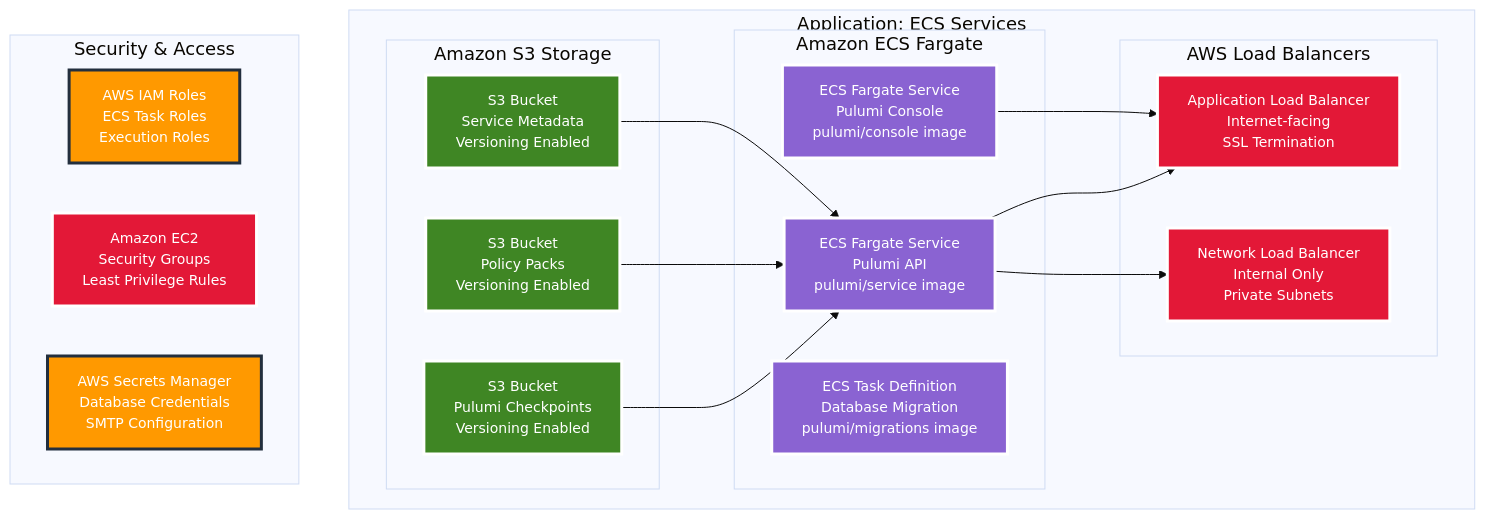
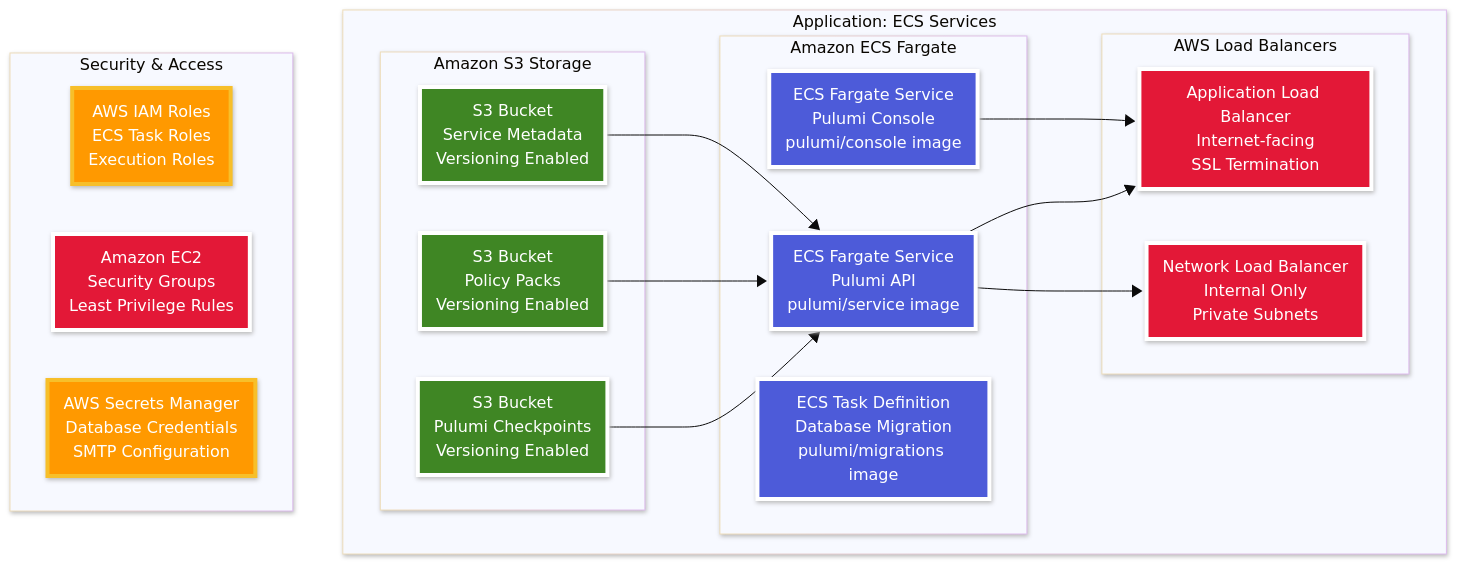
Before and after one commit to pulumi/pulumi-self-hosted-installers: the diagram in ecs-hosted/go/diagrams/03-application.mmd, drawn with Mermaid. The commit also changed 55 other files, not shown here.

```diff
--- a/ecs-hosted/go/diagrams/03-application.mmd
+++ b/ecs-hosted/go/diagrams/03-application.mmd
@@ -1,38 +1,42 @@
-%%{init: {'theme':'base', 'themeVariables': {'fontSize': '18px', 'fontFamily': 'Arial, sans-serif'}}}%%
+---
+config:
+  look: neo
+  theme: base
+---
 graph TD
-    classDef storage fill:#3F8624,stroke:#FFFFFF,stroke-width:3px,color:#FFFFFF,font-size:14px
-    classDef network fill:#E31837,stroke:#FFFFFF,stroke-width:3px,color:#FFFFFF,font-size:14px
-    classDef pulumi fill:#8A63D2,stroke:#FFFFFF,stroke-width:3px,color:#FFFFFF,font-size:14px
-    classDef aws fill:#FF9900,stroke:#232F3E,stroke-width:3px,color:#FFFFFF,font-size:14px
+    classDef storage fill:#3F8624,stroke:#FFFFFF,stroke-width:4px,color:#FFFFFF
+    classDef network fill:#E31837,stroke:#FFFFFF,stroke-width:4px,color:#FFFFFF
+    classDef pulumi fill:#4d5bd9,stroke:#FFFFFF,stroke-width:4px,color:#FFFFFF
+    classDef aws fill:#FF9900,stroke:#f7bf2a,stroke-width:4px,color:#FFFFFF
     
     subgraph APP["Application: ECS Services"]
         subgraph S3["Amazon S3 Storage"]
             S3_CHECKPOINT[S3 Bucket<br/>Pulumi Checkpoints<br/>Versioning Enabled]:::storage
             S3_POLICY[S3 Bucket<br/>Policy Packs<br/>Versioning Enabled]:::storage
             S3_METADATA[S3 Bucket<br/>Service Metadata<br/>Versioning Enabled]:::storage
         end
         
         subgraph ECS["Amazon ECS Fargate"]
             API_SERVICE[ECS Fargate Service<br/>Pulumi API<br/>pulumi/service image]:::pulumi
             CONSOLE_SERVICE[ECS Fargate Service<br/>Pulumi Console<br/>pulumi/console image]:::pulumi
             MIGRATION_TASK[ECS Task Definition<br/>Database Migration<br/>pulumi/migrations image]:::pulumi
         end
         
         subgraph LB["AWS Load Balancers"]
             PUBLIC_ALB[Application Load Balancer<br/>Internet-facing<br/>SSL Termination]:::network
             PRIVATE_NLB[Network Load Balancer<br/>Internal Only<br/>Private Subnets]:::network
         end
     end
     
     subgraph SEC["Security & Access"]
         IAM_ROLES[AWS IAM Roles<br/>ECS Task Roles<br/>Execution Roles]:::aws
         SECURITY_GROUPS[Amazon EC2<br/>Security Groups<br/>Least Privilege Rules]:::network
         SECRETS[AWS Secrets Manager<br/>Database Credentials<br/>SMTP Configuration]:::aws
     end
     
     API_SERVICE --> PUBLIC_ALB
     CONSOLE_SERVICE --> PUBLIC_ALB
     API_SERVICE --> PRIVATE_NLB
     S3_CHECKPOINT --> API_SERVICE
     S3_POLICY --> API_SERVICE
     S3_METADATA --> API_SERVICE
```
